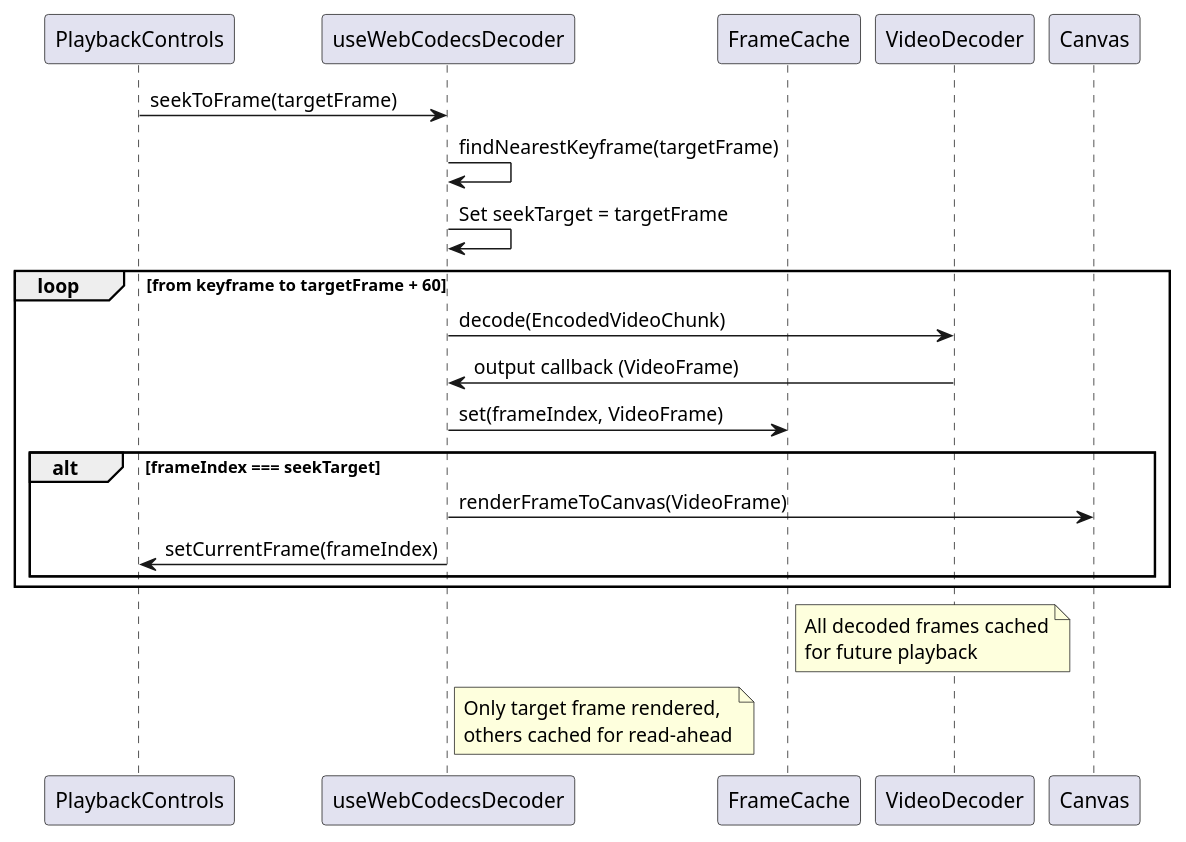
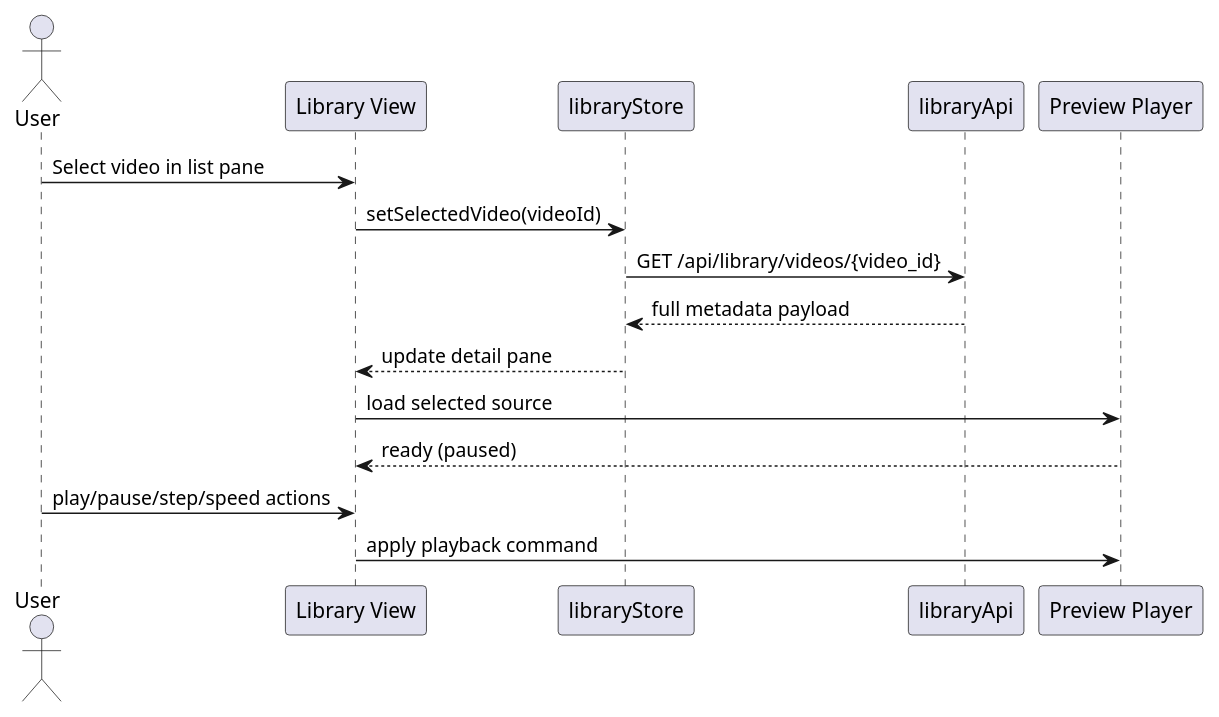
The second of 4 diagrams in docs/FRONTEND_DESIGN.md (timwalsh41/condor), drawn with PlantUML before and after one commit. The commit also changed other lines of this file and 5 other files, not shown here.

````diff
--- a/docs/FRONTEND_DESIGN.md
+++ b/docs/FRONTEND_DESIGN.md
@@ -210,27 +111,19 @@
 ```plantuml
 @startuml
-participant "PlaybackControls" as controls
-participant "useWebCodecsDecoder" as decoder
-participant "FrameCache" as cache
-participant "VideoDecoder" as vd
-participant "Canvas" as canvas
+actor User
+participant "Library View" as view
+participant "libraryStore" as store
+participant "libraryApi" as api
+participant "Preview Player" as player
 
-controls -> decoder: seekToFrame(targetFrame)
-decoder -> decoder: findNearestKeyframe(targetFrame)
-decoder -> decoder: Set seekTarget = targetFrame
-
-loop from keyframe to targetFrame + 60
-  decoder -> vd: decode(EncodedVideoChunk)
-  vd -> decoder: output callback (VideoFrame)
-  decoder -> cache: set(frameIndex, VideoFrame)
-  alt frameIndex === seekTarget
-    decoder -> canvas: renderFrameToCanvas(VideoFrame)
-    decoder -> controls: setCurrentFrame(frameIndex)
-  end
-end
-
-note right of cache: All decoded frames cached\nfor future playback
-note right of decoder: Only target frame rendered,\nothers cached for read-ahead
-
+User -> view: Select video in list pane
+view -> store: setSelectedVideo(videoId)
+store -> api: GET /api/library/videos/{video_id}
+api --> store: full metadata payload
+store --> view: update detail pane
+view -> player: load selected source
+player --> view: ready (paused)
+User -> view: play/pause/step/speed actions
+view -> player: apply playback command
 @enduml
 ```
````
